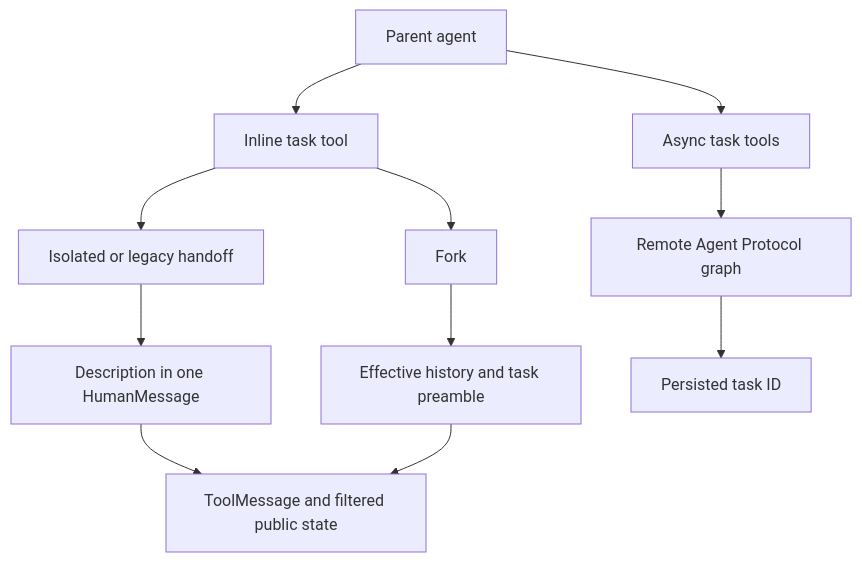
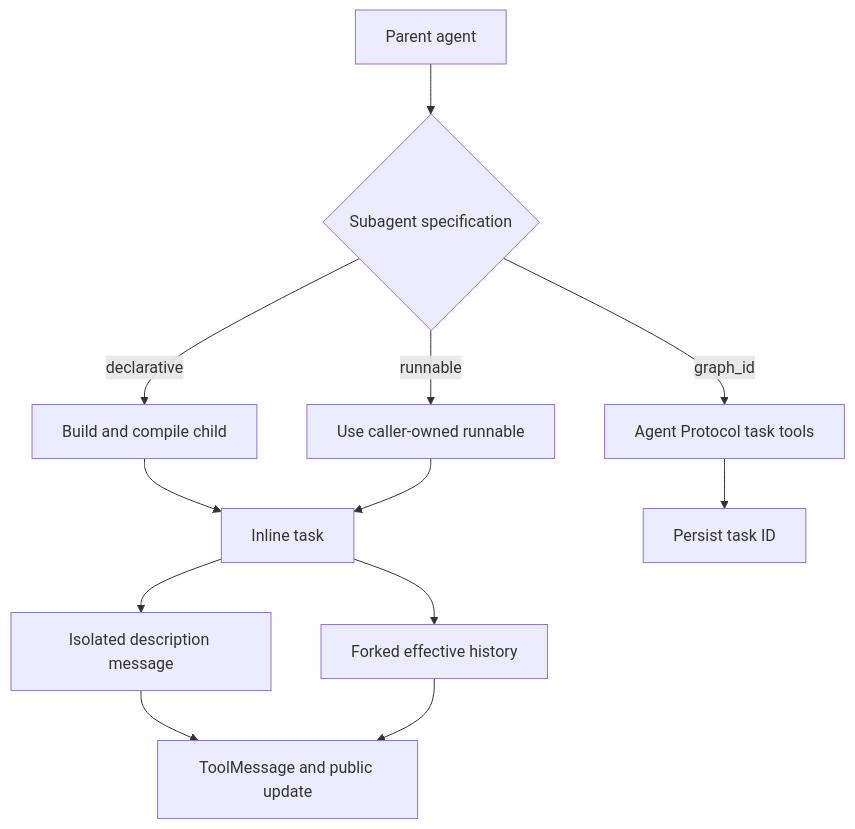
The diagram in openwiki/concepts/subagents-skills.md (langchain-ai/deepagents), drawn with Mermaid before and after one commit. The commit also changed other lines of this file and 62 other files, not shown here.

````diff
--- a/openwiki/concepts/subagents-skills.md
+++ b/openwiki/concepts/subagents-skills.md
@@ -61,13 +61,14 @@
 ```mermaid
 flowchart TD
-    Parent["Parent agent"] --> Task["Inline task tool"]
-    Task --> Isolated["Isolated or legacy handoff"]
-    Task --> Fork["Fork"]
-    Isolated --> Fresh["Description in one HumanMessage"]
-    Fork --> Context["Effective history and task preamble"]
-    Fresh --> Reply["ToolMessage and filtered public state"]
-    Context --> Reply
-    Parent --> AsyncTools["Async task tools"]
-    AsyncTools --> Remote["Remote Agent Protocol graph"]
-    Remote --> Handle["Persisted task ID"]
+    Parent["Parent agent"] --> Route{"Subagent specification"}
+    Route -->|"declarative"| Local["Build and compile child"]
+    Route -->|"runnable"| Compiled["Use caller-owned runnable"]
+    Route -->|"graph_id"| Remote["Agent Protocol task tools"]
+    Local --> Task["Inline task"]
+    Compiled --> Task
+    Task --> Isolated["Isolated description message"]
+    Task --> Fork["Forked effective history"]
+    Isolated --> Report["ToolMessage and public update"]
+    Fork --> Report
+    Remote --> Handle["Persist task ID"]
 ```
````
